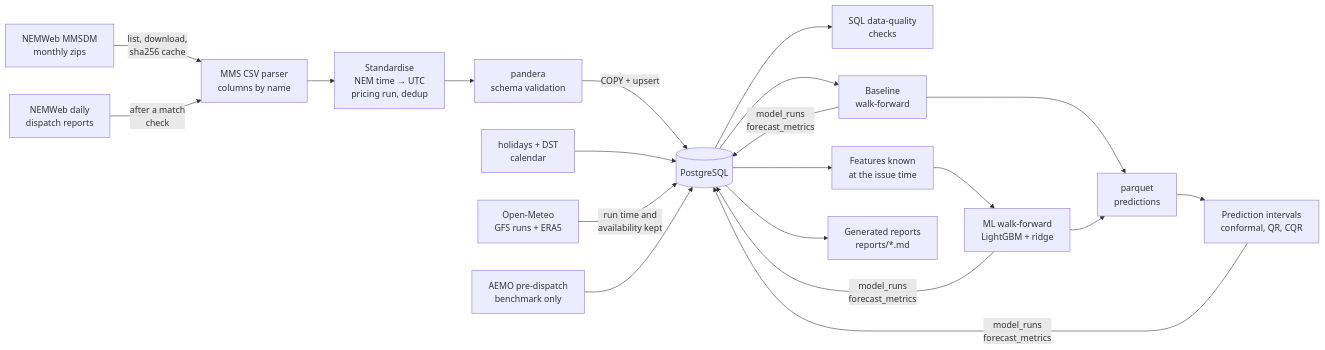
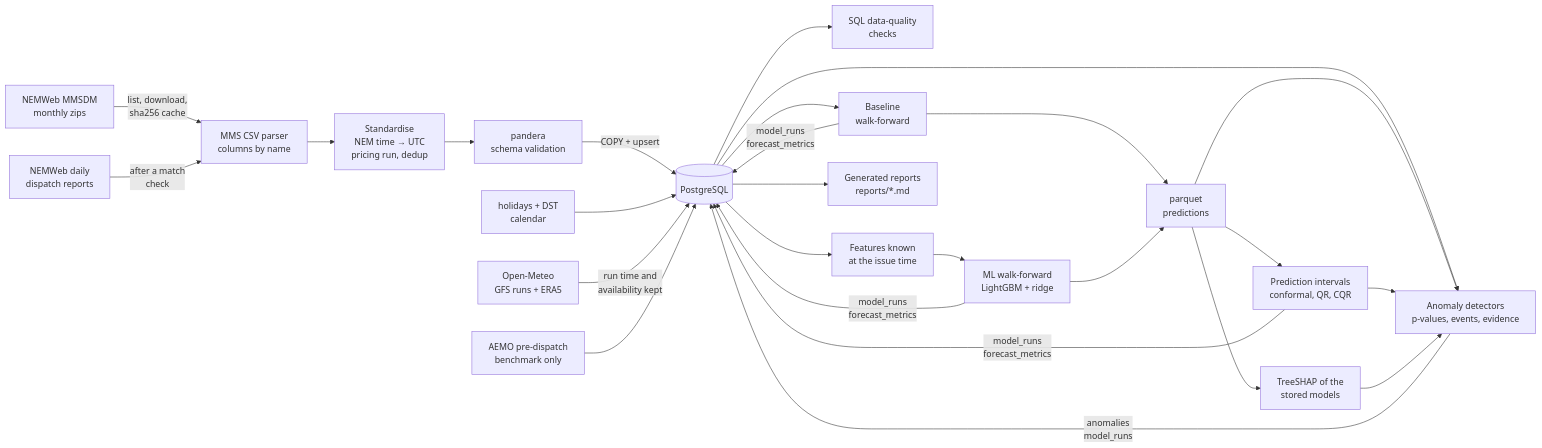
Before and after one commit to knam2609/gridcast-au: the diagram in README.md, drawn with Mermaid. The commit also changed other lines of this file, not shown here.

First line of the commit message:
M4 step 6f: README for milestone 4 (v1's pre-registered result first, then v2; SHAP and price associations)

````diff
--- a/README.md
+++ b/README.md
@@ -70,22 +75,28 @@
 ```mermaid
 flowchart LR
     A[NEMWeb MMSDM<br/>monthly zips] -->|list, download,<br/>sha256 cache| B[MMS CSV parser<br/>columns by name]
     N[NEMWeb daily<br/>dispatch reports] -->|after a match<br/>check| B
     B --> C[Standardise<br/>NEM time → UTC<br/>pricing run, dedup]
     C --> D[pandera<br/>schema validation]
     D -->|COPY + upsert| E[(PostgreSQL)]
     H[holidays + DST<br/>calendar] --> E
     W[Open-Meteo<br/>GFS runs + ERA5] -->|run time and<br/>availability kept| E
     P[AEMO pre-dispatch<br/>benchmark only] --> E
     E --> F[SQL data-quality<br/>checks]
     E --> G[Baseline<br/>walk-forward]
     E --> X[Features known<br/>at the issue time]
     X --> L[ML walk-forward<br/>LightGBM + ridge]
     G -->|model_runs<br/>forecast_metrics| E
     L -->|model_runs<br/>forecast_metrics| E
     G --> Q[parquet<br/>predictions]
     L --> Q
     Q --> I[Prediction intervals<br/>conformal, QR, CQR]
     I -->|model_runs<br/>forecast_metrics| E
+    E --> AN[Anomaly detectors<br/>p-values, events, evidence]
+    Q --> AN
+    I --> AN
+    AN -->|anomalies<br/>model_runs| E
+    Q --> SH[TreeSHAP of the<br/>stored models]
+    SH --> AN
     E --> R[Generated reports<br/>reports/*.md]
 ```
````
